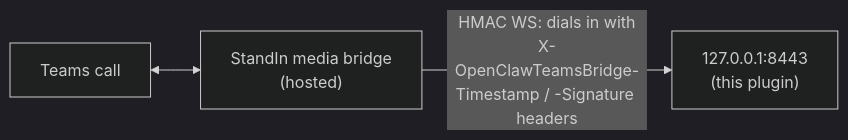
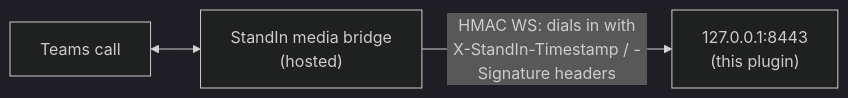
Before and after one commit to komaa-com/hermes-msteams-bridge: the diagram in website/src/content/docs/connecting-to-standin.md, drawn with Mermaid (dark theme). The commit also changed 9 other files, not shown here.

First line of the commit message:
feat: X-StandIn-* auth headers (dual accept + dual send)

````diff
--- a/website/src/content/docs/connecting-to-standin.md
+++ b/website/src/content/docs/connecting-to-standin.md
@@ -27,8 +27,8 @@
 ```mermaid
 flowchart LR
     Teams["Teams call"]
     Bridge["StandIn media bridge<br/>(hosted)"]
     Plugin["127.0.0.1:8443<br/>(this plugin)"]
     Teams <--> Bridge
-    Bridge -->|"HMAC WS: dials in with<br/>X-OpenClawTeamsBridge-Timestamp / -Signature headers"| Plugin
+    Bridge -->|"HMAC WS: dials in with<br/>X-StandIn-Timestamp / -Signature headers"| Plugin
 ```
````
